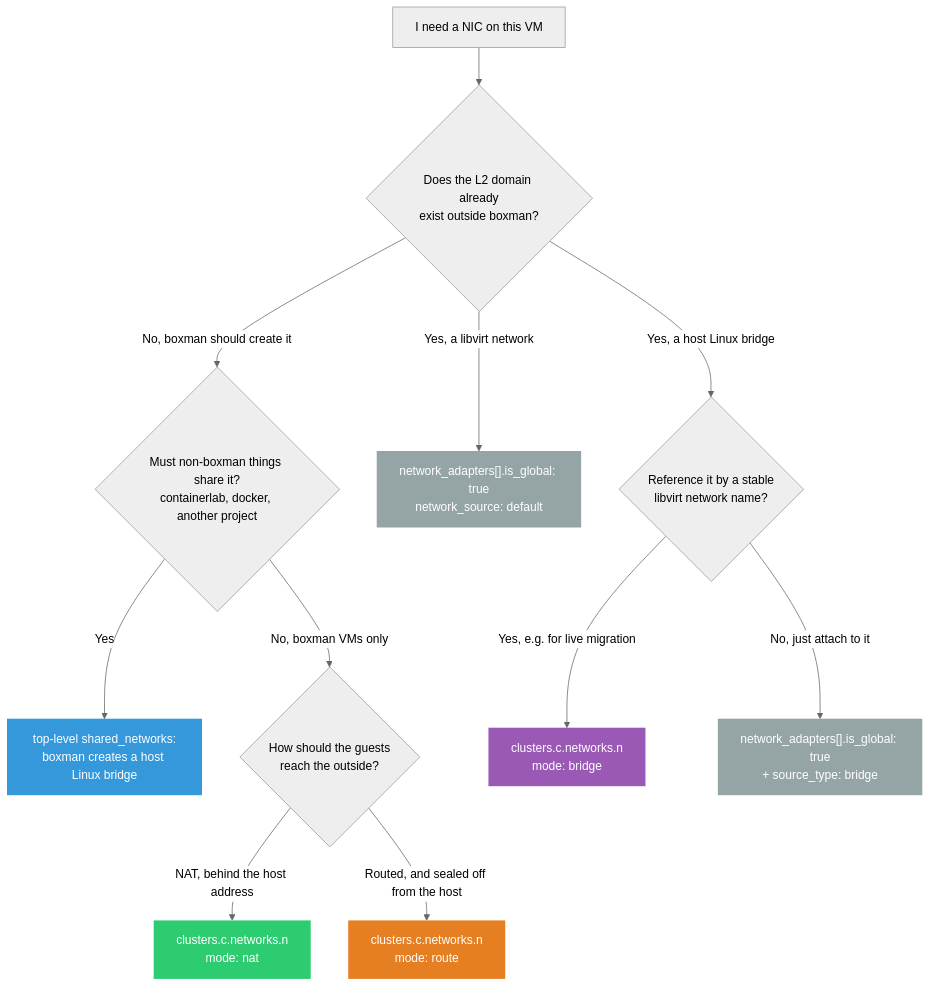
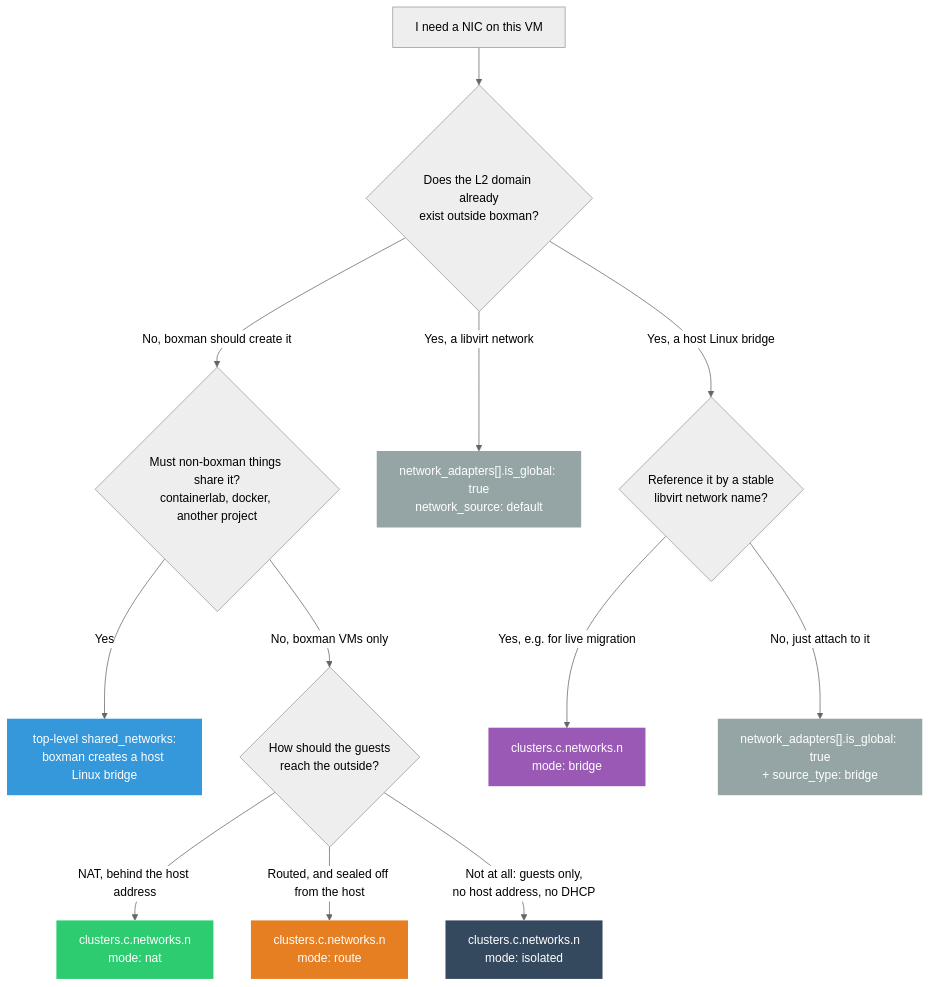
One commit to mherkazandjian/boxman changed the first of 6 diagrams in doc/network.md. Above: the diagram before and after it, drawn with Mermaid (neutral theme). The commit also changed other lines of this file and 3 other files, not shown here.

First line of the commit message:
docs(network): document the address-free `mode: isolated` network

````diff
--- a/doc/network.md
+++ b/doc/network.md
@@ -35,22 +36,24 @@
 ```mermaid
 flowchart TD
     Q0["I need a NIC on this VM"] --> Q1{"Does the L2 domain already<br/>exist outside boxman?"}
 
     Q1 -->|"No, boxman should create it"| Q3{"Must non-boxman things share it?<br/>containerlab, docker, another project"}
     Q3 -->|"Yes"| SN["top-level shared_networks:<br/>boxman creates a host Linux bridge"]
     Q3 -->|"No, boxman VMs only"| Q4{"How should the guests<br/>reach the outside?"}
     Q4 -->|"NAT, behind the host address"| NAT["clusters.c.networks.n<br/>mode: nat"]
     Q4 -->|"Routed, and sealed off from the host"| RT["clusters.c.networks.n<br/>mode: route"]
+    Q4 -->|"Not at all: guests only,<br/>no host address, no DHCP"| ISO["clusters.c.networks.n<br/>mode: isolated"]
 
     Q1 -->|"Yes, a libvirt network"| G["network_adapters[].is_global: true<br/>network_source: default"]
     Q1 -->|"Yes, a host Linux bridge"| Q2{"Reference it by a stable<br/>libvirt network name?"}
     Q2 -->|"Yes, e.g. for live migration"| BR["clusters.c.networks.n<br/>mode: bridge"]
     Q2 -->|"No, just attach to it"| G2["network_adapters[].is_global: true<br/>+ source_type: bridge"]
 
     style NAT fill:#2ecc71,color:#fff,stroke:none
     style RT fill:#e67e22,color:#fff,stroke:none
+    style ISO fill:#34495e,color:#fff,stroke:none
     style BR fill:#9b59b6,color:#fff,stroke:none
     style SN fill:#3498db,color:#fff,stroke:none
     style G fill:#95a5a6,color:#fff,stroke:none
     style G2 fill:#95a5a6,color:#fff,stroke:none
 ```
````
